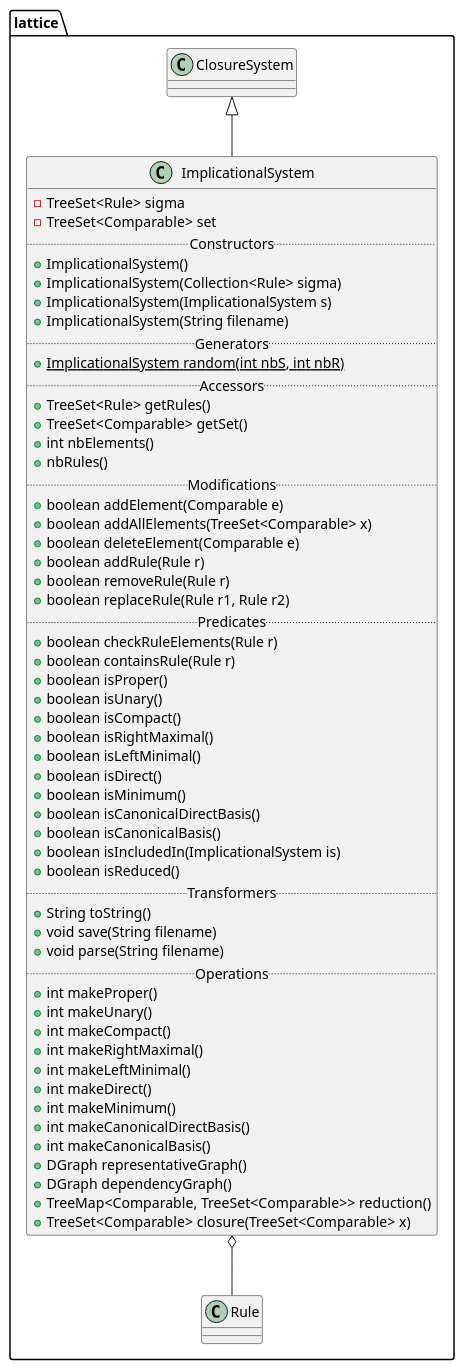
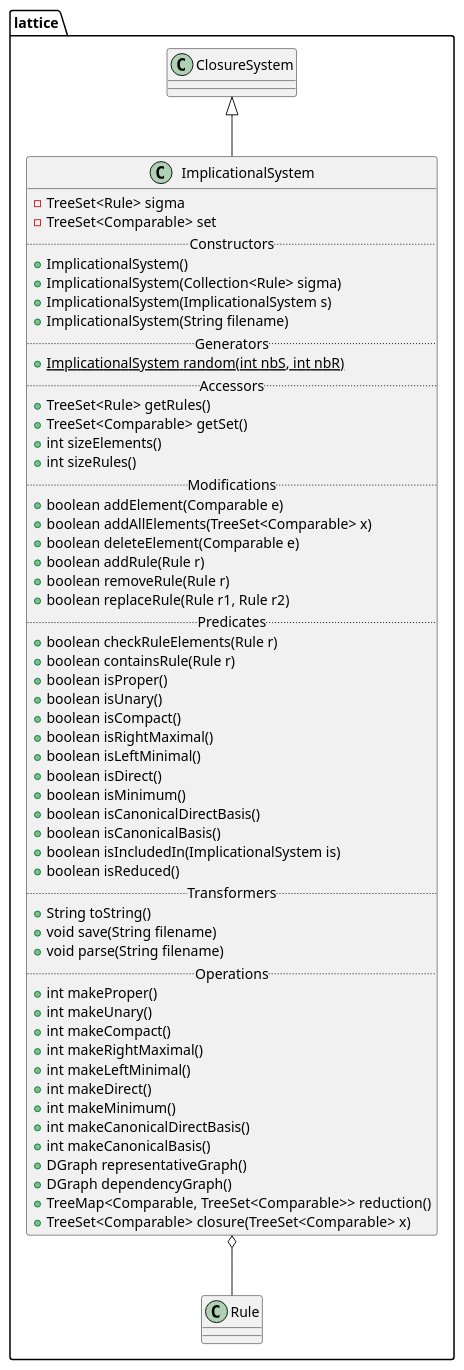
One commit to thegalactic/java-lattices changed the diagram in src/lattice/ImplicationalSystem.iuml. Above: the diagram before and after it, drawn with PlantUML. The commit also changed 4 other files, not shown here.

```diff
--- a/src/lattice/ImplicationalSystem.iuml
+++ b/src/lattice/ImplicationalSystem.iuml
@@ -1,61 +1,61 @@
 package lattice {
     class ImplicationalSystem {
         -TreeSet<Rule> sigma
         -TreeSet<Comparable> set
         .. Constructors ..
         +ImplicationalSystem()
         +ImplicationalSystem(Collection<Rule> sigma)
         +ImplicationalSystem(ImplicationalSystem s)
         +ImplicationalSystem(String filename)
         .. Generators ..
         {static}+ImplicationalSystem random(int nbS, int nbR)
         .. Accessors ..
         +TreeSet<Rule> getRules()
         +TreeSet<Comparable> getSet()
-        +int nbElements()
-        +nbRules()
+        +int sizeElements()
+        +int sizeRules()
         .. Modifications ..
         +boolean addElement(Comparable e)
         +boolean addAllElements(TreeSet<Comparable> x)
         +boolean deleteElement(Comparable e)
         +boolean addRule(Rule r)
         +boolean removeRule(Rule r)
         +boolean replaceRule(Rule r1, Rule r2)
         .. Predicates ..
         +boolean checkRuleElements(Rule r)
         +boolean containsRule(Rule r)
         +boolean isProper()
         +boolean isUnary()
         +boolean isCompact()
         +boolean isRightMaximal()
         +boolean isLeftMinimal()
         +boolean isDirect()
         +boolean isMinimum()
         +boolean isCanonicalDirectBasis()
         +boolean isCanonicalBasis()
         +boolean isIncludedIn(ImplicationalSystem is)
         +boolean isReduced()
         .. Transformers ..
         +String toString()
         +void save(String filename)
         +void parse(String filename)
         .. Operations ..
         +int makeProper()
         +int makeUnary()
         +int makeCompact()
         +int makeRightMaximal()
         +int makeLeftMinimal()
         +int makeDirect()
         +int makeMinimum()
         +int makeCanonicalDirectBasis()
         +int makeCanonicalBasis()
         +DGraph representativeGraph()
         +DGraph dependencyGraph()
         +TreeMap<Comparable, TreeSet<Comparable>> reduction()
         +TreeSet<Comparable> closure(TreeSet<Comparable> x)
     }
 
 
     ClosureSystem <|-- ImplicationalSystem
     ImplicationalSystem o-- Rule
 }
```
